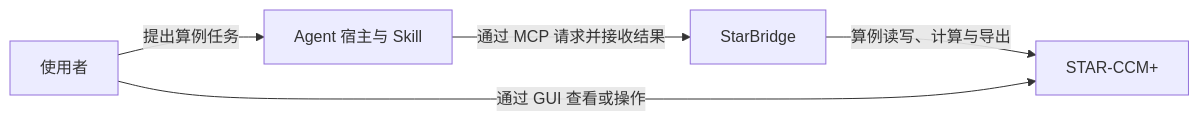
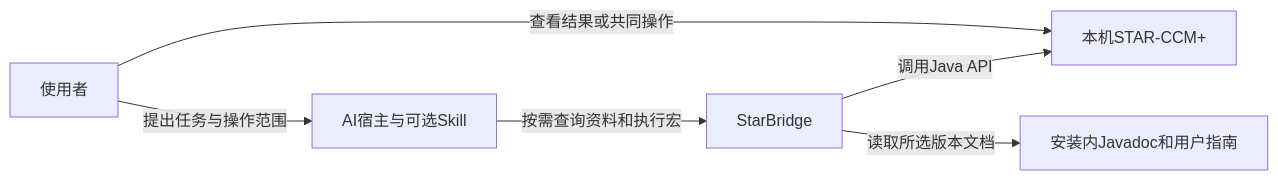
The first of 3 diagrams in docs/tech/architecture.md (Laxpud/StarBridge), drawn with Mermaid before and after one commit. The commit also changed other lines of this file and 11 other files, not shown here.

````diff
--- a/docs/tech/architecture.md
+++ b/docs/tech/architecture.md
@@ -9,7 +9,8 @@
 ```mermaid
 flowchart LR
-    user["使用者"] -->|提出算例任务| host["Agent 宿主与 Skill"]
-    host -->|通过 MCP 请求并接收结果| bridge["StarBridge"]
-    bridge -->|算例读写、计算与导出| star["STAR-CCM+"]
-    user -->|通过 GUI 查看或操作| star
+    user[使用者] -->|提出任务与操作范围| host[AI宿主与可选Skill]
+    host -->|按需查询资料和执行宏| bridge[StarBridge]
+    bridge -->|调用Java API| star[本机STAR-CCM+]
+    bridge -->|读取所选版本文档| docs[安装内Javadoc和用户指南]
+    user -->|查看结果或共同操作| star
 ```
````
